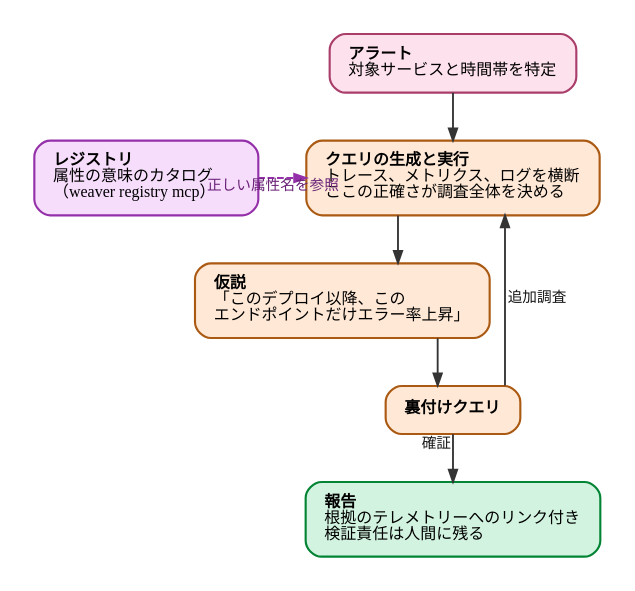
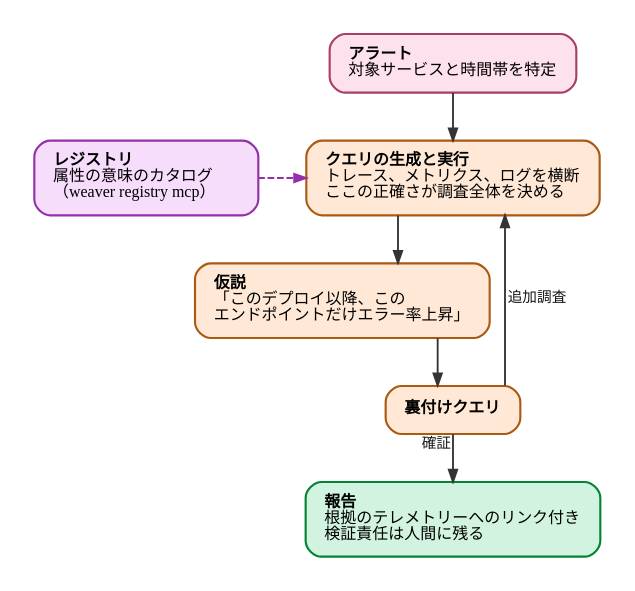
Before and after one commit to ymotongpoo/zenn.dev: the diagram in diagrams/observability-platform-with-otel/20260926-ai-investigation-loop.dot, drawn with Graphviz. The commit also changed 7 other files, not shown here.

```diff
--- a/diagrams/observability-platform-with-otel/20260926-ai-investigation-loop.dot
+++ b/diagrams/observability-platform-with-otel/20260926-ai-investigation-loop.dot
@@ -1,38 +1,41 @@
 // AIによる障害調査のループ
 digraph ai_investigation_loop {
   graph [
     fontname="IBM Plex Sans JP", fontsize=13,
     rankdir=TB, compound=true, splines=ortho,
     nodesep=0.5, ranksep=0.5, pad=0.25,
     bgcolor="white", newrank=true
   ];
   node [
     fontname="IBM Plex Sans JP", fontsize=12,
     shape=box, style="rounded,filled",
     fillcolor="#E4E4E4", color="#4A4A4A", penwidth=1.6,
     margin="0.2,0.14"
   ];
   edge [
     fontname="IBM Plex Sans JP", fontsize=11,
     color="#343434", penwidth=1.4, arrowsize=0.9,
     fontcolor="#171717"
   ];
 
   alert [label=<<b>アラート</b><br align="left"/>対象サービスと時間帯を特定<br align="left"/>>, fillcolor="#FDE1EC", color="#AA3E6A"];
   query [label=<<b>クエリの生成と実行</b><br align="left"/>トレース、メトリクス、ログを横断<br align="left"/>ここの正確さが調査全体を決める<br align="left"/>>, fillcolor="#FFE9D6", color="#AB5A13"];
   hypo [label=<<b>仮説</b><br align="left"/>「このデプロイ以降、この<br align="left"/>エンドポイントだけエラー率上昇」<br align="left"/>>, fillcolor="#FFE9D6", color="#AB5A13"];
   verify [label=<<b>裏付けクエリ</b>>, fillcolor="#FFE9D6", color="#AB5A13"];
   report [label=<<b>報告</b><br align="left"/>根拠のテレメトリーへのリンク付き<br align="left"/>検証責任は人間に残る<br align="left"/>>, fillcolor="#D2F3DF", color="#038435"];
 
   registry [label=<<b>レジストリ</b><br align="left"/>属性の意味のカタログ<br align="left"/>（weaver registry mcp）<br align="left"/>>, fillcolor="#F7DDFC", color="#9430A9"];
 
   alert -> query;
   query -> hypo;
   hypo -> verify;
   verify -> query [xlabel=" 追加調査"];
   verify -> report [xlabel=" 確証"];
 
-  registry -> query [style=dashed, color="#9430A9", fontcolor="#6A2278", xlabel=" 正しい属性名を参照\l"];
+  // レジストリと query を rank=same で横に並べると、箱の間隔（nodesep）に
+  // 収まらない長さのラベルが両側の箱へ食い込む。ラベルはキャプションへ
+  // 移し、参照の向きだけを矢印で示す。
+  registry -> query [style=dashed, color="#9430A9", fontcolor="#6A2278"];
 
   { rank=same; query; registry; }
 }
```
